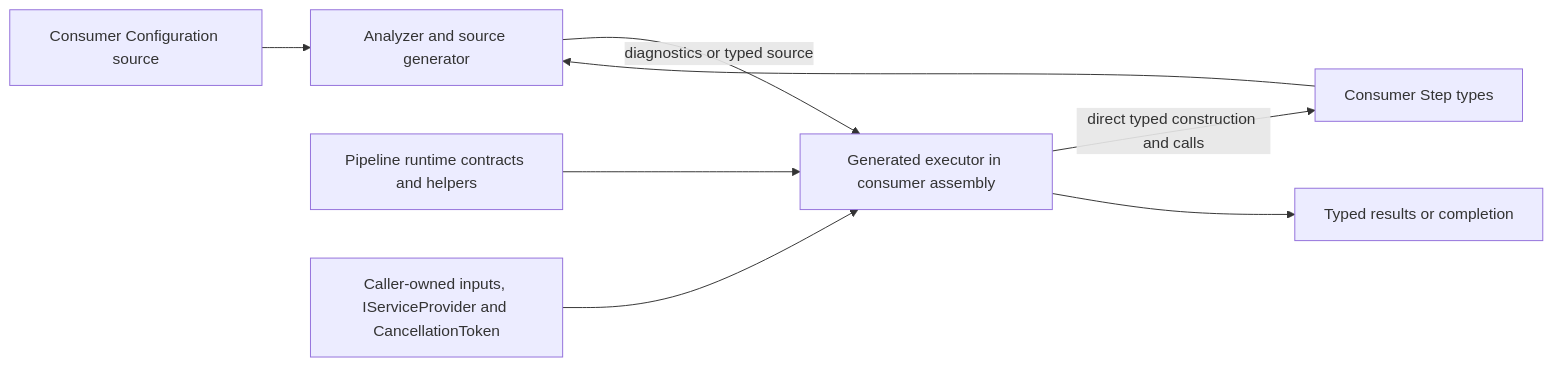
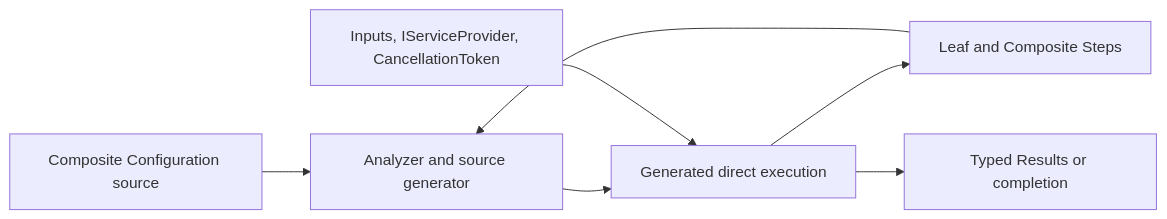
Before and after one commit to TedToolkit/TedToolkit.Orchestration: the diagram in docs/architecture/pipeline-system.md, drawn with Mermaid. The commit also changed other lines of this file and 69 other files, not shown here.

Commit message:
feat(pipeline): unify composition as composite steps

````diff
--- a/docs/architecture/pipeline-system.md
+++ b/docs/architecture/pipeline-system.md
@@ -15,10 +11,9 @@
 ```mermaid
 flowchart LR
-    D[Consumer Configuration source] --> A[Analyzer and source generator]
-    S[Consumer Step types] --> A
-    A -->|diagnostics or typed source| G[Generated executor in consumer assembly]
-    R[Pipeline runtime contracts and helpers] --> G
-    C[Caller-owned inputs, IServiceProvider and CancellationToken] --> G
-    G -->|direct typed construction and calls| S
-    G --> O[Typed results or completion]
+    C[Composite Configuration source] --> G[Analyzer and source generator]
+    S[Leaf and Composite Steps] --> G
+    G --> E[Generated direct execution]
+    I[Inputs, IServiceProvider, CancellationToken] --> E
+    E --> S
+    E --> R[Typed Results or completion]
 ```
````
